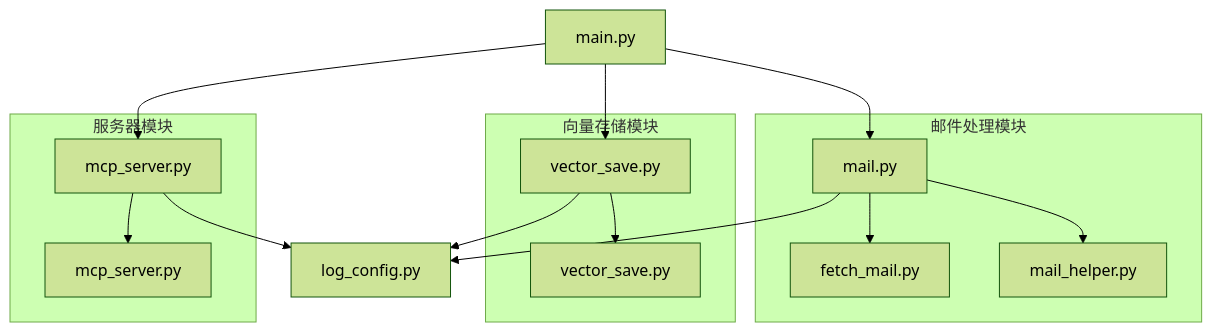
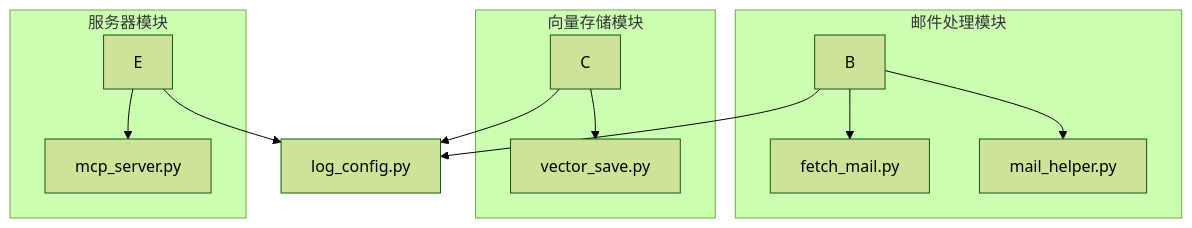
The diagram in docs/architecture.md (chenxinma/mail_assistant), drawn with Mermaid (forest theme) before and after one commit.

Commit message:
docs: 更新架构图以简化依赖关系
移除不必要的依赖关系，使架构图更清晰易懂

````diff
--- a/docs/architecture.md
+++ b/docs/architecture.md
@@ -1,22 +1,19 @@
 ```mermaid
 graph TD
-    A[main.py] --> B[mail.py]
-    A --> C[vector_save.py]
-    A --> E[mcp_server.py]
     B --> D[log_config.py]
     C --> D
     E --> D
 
     subgraph 邮件处理模块
         B --> F[fetch_mail.py]
         B --> G[mail_helper.py]
     end
 
     subgraph 向量存储模块
         C --> H[vector_save.py]
     end
 
     subgraph 服务器模块
         E --> I[mcp_server.py]
     end
 ```
````
